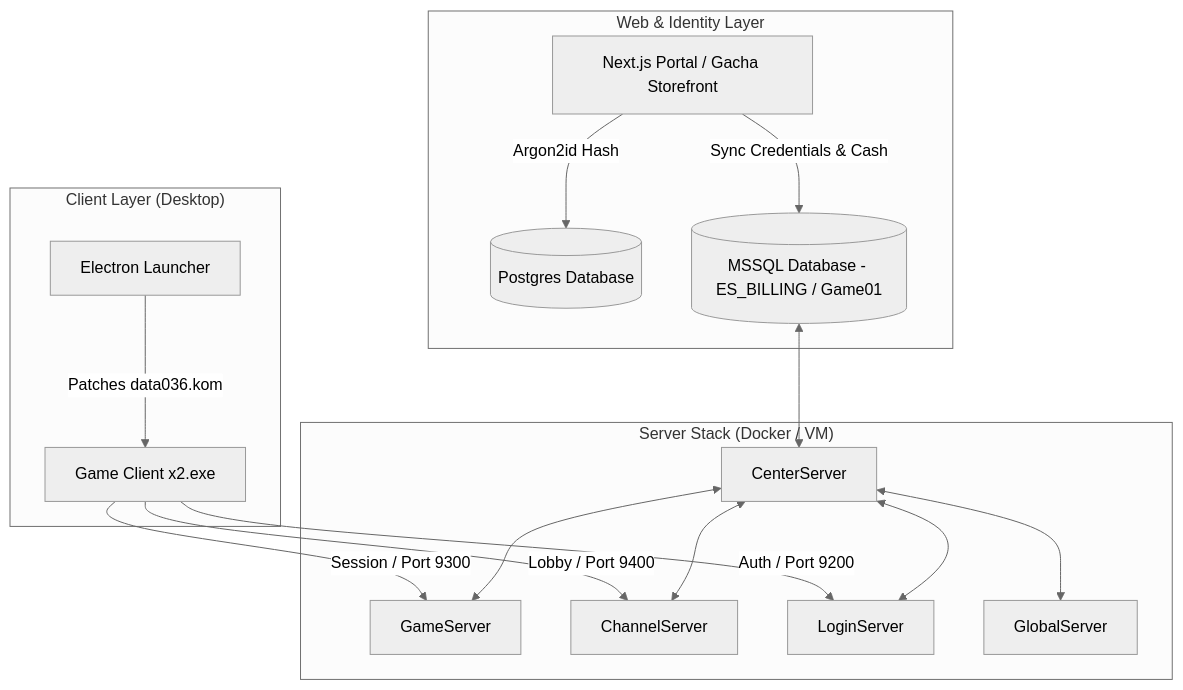
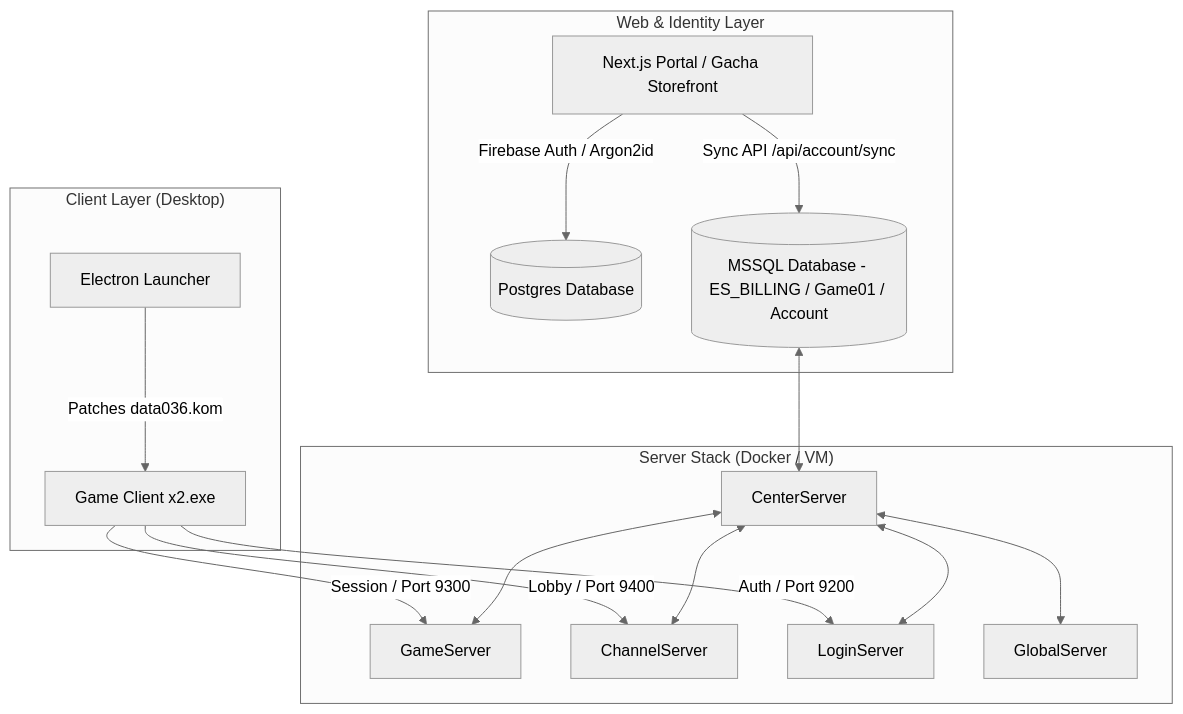
The first of 4 diagrams in README.md (CardSorting/JoySwordOnline), drawn with Mermaid (neutral theme) before and after one commit. The commit also changed other lines of this file, not shown here.

Commit message:
docs: expand README with comprehensive architecture, ports map, CLI utilities, and database suite details

````diff
--- a/README.md
+++ b/README.md
@@ -53,23 +64,23 @@
 ```mermaid
 flowchart TD
     subgraph Client ["Client Layer (Desktop)"]
         L[Electron Launcher] -->|Patches data036.kom| C[Game Client x2.exe]
     end
 
     subgraph Web ["Web & Identity Layer"]
-        W[Next.js Portal / Gacha Storefront] -->|Argon2id Hash| DB_PG[(Postgres Database)]
-        W -->|Sync Credentials & Cash| DB_MS[(MSSQL Database - ES_BILLING / Game01)]
+        W[Next.js Portal / Gacha Storefront] -->|Firebase Auth / Argon2id| DB_PG[(Postgres Database)]
+        W -->|Sync API /api/account/sync| DB_MS[(MSSQL Database - ES_BILLING / Game01 / Account)]
     end
 
     subgraph Server ["Server Stack (Docker / VM)"]
         DB_MS <--> Center[CenterServer]
         Center <--> Game[GameServer]
         Center <--> Channel[ChannelServer]
         Center <--> Login[LoginServer]
         Center <--> Global[GlobalServer]
     end
 
     C -->|Auth / Port 9200| Login
     C -->|Session / Port 9300| Game
     C -->|Lobby / Port 9400| Channel
 ```
````
